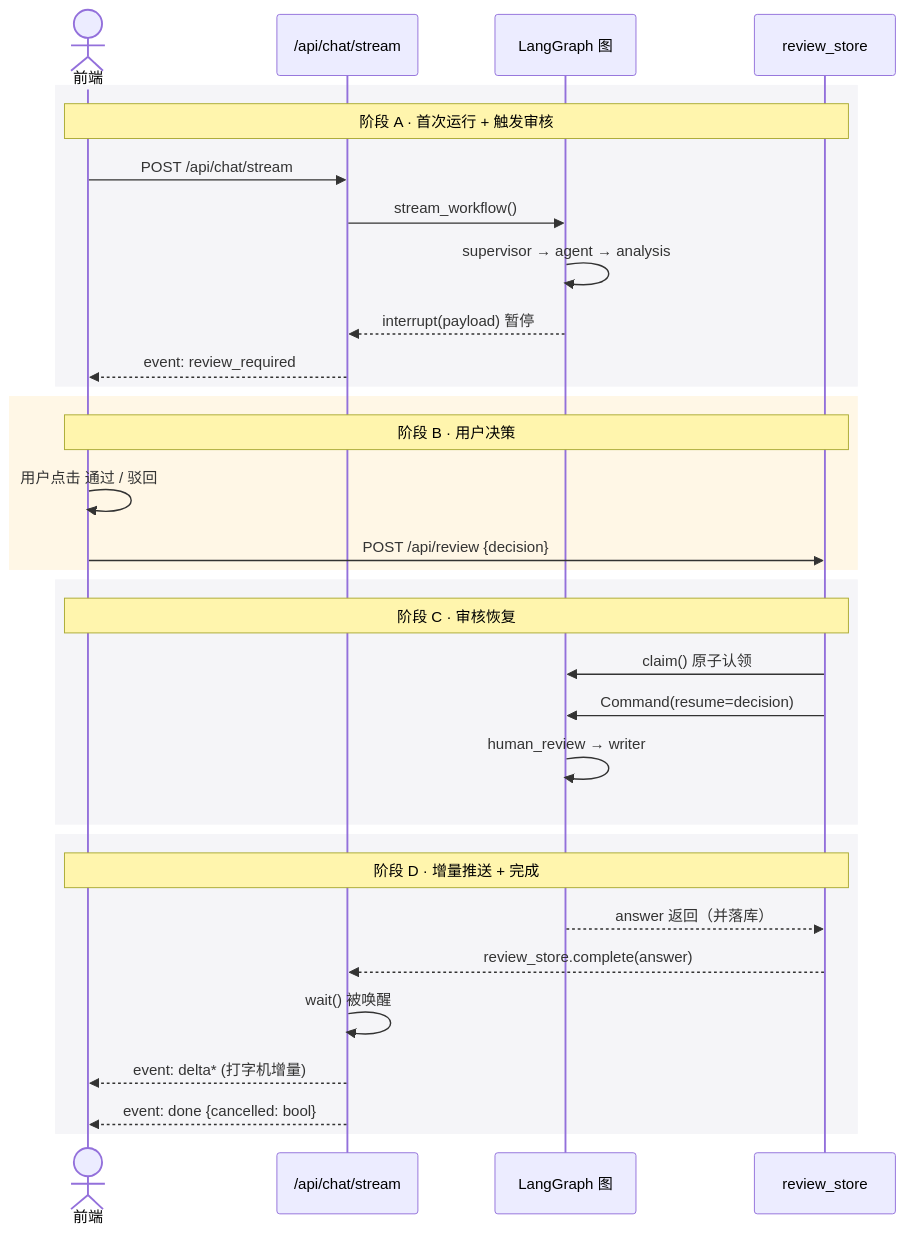
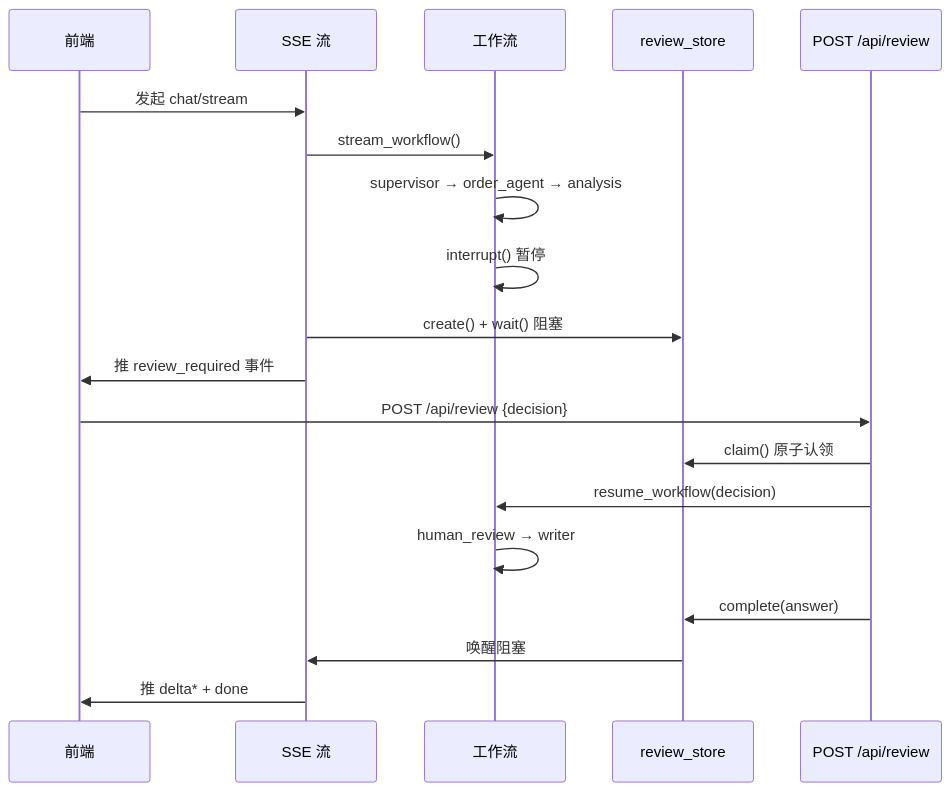
Before and after one commit to Wang-Jin-Xing/pet-vision-recommend: the third of 3 diagrams in AI助手面试详解.md, drawn with Mermaid. The commit also changed other lines of this file and 1 other file, not shown here.

````diff
--- a/AI助手面试详解.md
+++ b/AI助手面试详解.md
@@ -293,38 +165,21 @@
 ```mermaid
 sequenceDiagram
-    actor FE as 前端
-    participant SSE as /api/chat/stream
-    participant Graph as LangGraph 图
+    participant FE as 前端
+    participant SSE as SSE 流
+    participant GW as 工作流
     participant RS as review_store
-
-    rect rgb(245,245,248)
-        Note over FE,RS: 阶段 A · 首次运行 + 触发审核
-        FE->>SSE: POST /api/chat/stream
-        SSE->>Graph: stream_workflow()
-        Graph->>Graph: supervisor → agent → analysis
-        Graph-->>SSE: interrupt(payload) 暂停
-        SSE-->>FE: event: review_required
-    end
-
-    rect rgb(255,247,230)
-        Note over FE,RS: 阶段 B · 用户决策
-        FE->>FE: 用户点击 通过 / 驳回
-        FE->>RS: POST /api/review {decision}
-    end
-
-    rect rgb(245,245,248)
-        Note over FE,RS: 阶段 C · 审核恢复
-        RS->>Graph: claim() 原子认领
-        RS->>Graph: Command(resume=decision)
-        Graph->>Graph: human_review → writer
-    end
-
-    rect rgb(245,245,248)
-        Note over FE,RS: 阶段 D · 增量推送 + 完成
-        Graph-->>RS: answer 返回（并落库）
-        RS-->>SSE: review_store.complete(answer)
-        SSE->>SSE: wait() 被唤醒
-        SSE-->>FE: event: delta* (打字机增量)
-        SSE-->>FE: event: done {cancelled: bool}
-    end
+    participant Review as POST /api/review
+    FE->>SSE: 发起 chat/stream
+    SSE->>GW: stream_workflow()
+    GW->>GW: supervisor → order_agent → analysis
+    GW->>GW: interrupt() 暂停
+    SSE->>RS: create() + wait() 阻塞
+    SSE->>FE: 推 review_required 事件
+    FE->>Review: POST /api/review {decision}
+    Review->>RS: claim() 原子认领
+    Review->>GW: resume_workflow(decision)
+    GW->>GW: human_review → writer
+    Review->>RS: complete(answer)
+    RS->>SSE: 唤醒阻塞
+    SSE->>FE: 推 delta* + done
 ```
````
